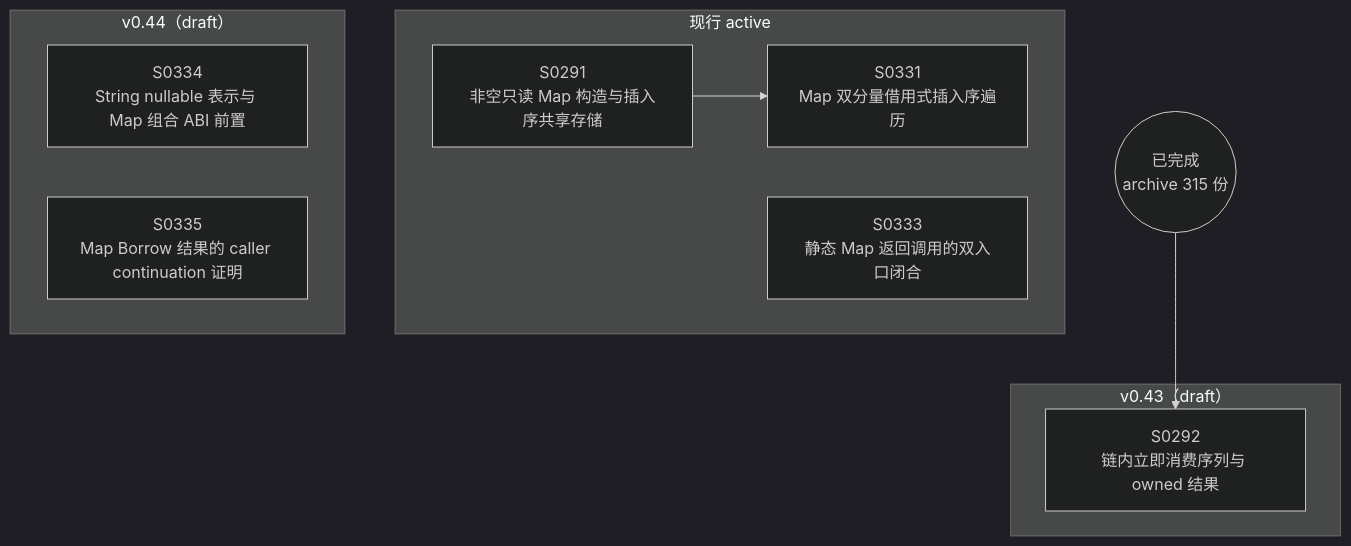
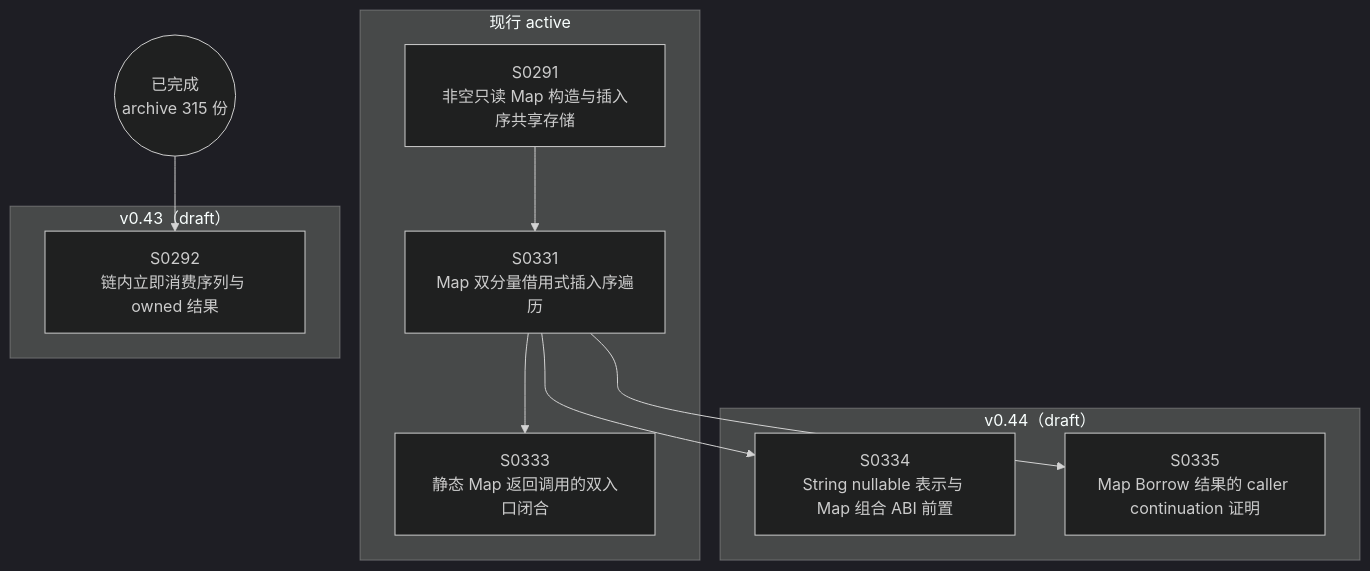
Before and after one commit to Halckon/Koven: the diagram in docs/specs/dependency-graph.md, drawn with Mermaid (dark theme). The commit also changed 8 other files, not shown here.

````diff
--- a/docs/specs/dependency-graph.md
+++ b/docs/specs/dependency-graph.md
@@ -9,18 +9,21 @@
 ```mermaid
 flowchart TD
 ARCH(("已完成<br/>archive 315 份"))
 subgraph Gactive["现行 active"]
   S0291["S0291<br/>非空只读 Map 构造与插入序共享存储"]
   S0331["S0331<br/>Map 双分量借用式插入序遍历"]
   S0333["S0333<br/>静态 Map 返回调用的双入口闭合"]
 end
 subgraph Gdrafts_v043["v0.43（draft）"]
   S0292["S0292<br/>链内立即消费序列与 owned 结果"]
 end
 subgraph Gdrafts_v044["v0.44（draft）"]
   S0334["S0334<br/>String nullable 表示与 Map 组合 ABI 前置"]
   S0335["S0335<br/>Map Borrow 结果的 caller continuation 证明"]
 end
 S0291 --> S0331
+S0331 --> S0333
+S0331 --> S0334
+S0331 --> S0335
 ARCH --> S0292
 ```
````
